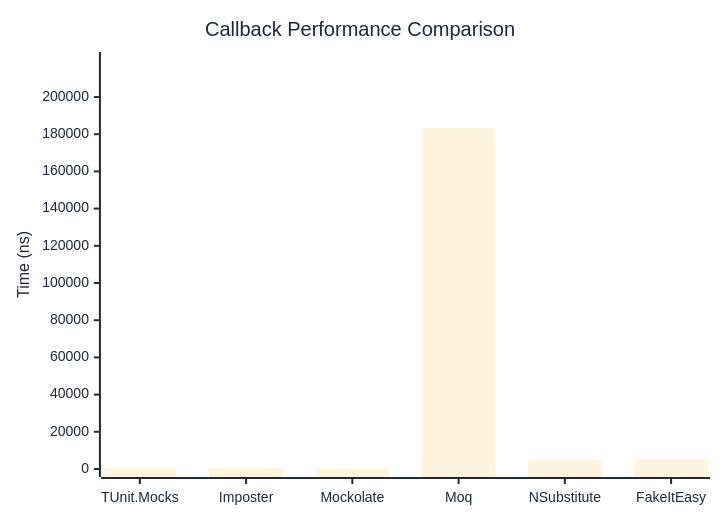
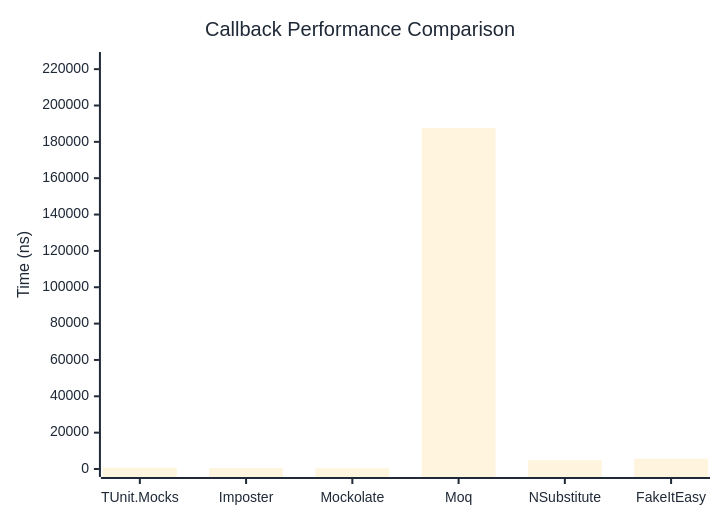
One commit to thomhurst/TUnit changed the first of 2 diagrams in docs/docs/benchmarks/mocks/Callback.md. Above: the diagram before and after it, drawn with Mermaid. The commit also changed other lines of this file and 14 other files, not shown here.

````diff
--- a/docs/docs/benchmarks/mocks/Callback.md
+++ b/docs/docs/benchmarks/mocks/Callback.md
@@ -30,27 +30,27 @@
 ```mermaid
 %%{init: {
   'theme':'base',
   'themeVariables': {
     'primaryColor': '#2563eb',
     'primaryTextColor': '#1f2937',
     'primaryBorderColor': '#1e40af',
     'lineColor': '#6b7280',
     'secondaryColor': '#7c3aed',
     'tertiaryColor': '#dc2626',
     'background': '#ffffff',
     'pie1': '#2563eb',
     'pie2': '#7c3aed',
     'pie3': '#dc2626',
     'pie4': '#f59e0b',
     'pie5': '#10b981',
     'pie6': '#06b6d4',
     'pie7': '#ec4899',
     'pie8': '#6366f1'
   }
 }}%%
 xychart-beta
   title "Callback Performance Comparison"
   x-axis ["TUnit.Mocks", "Imposter", "Mockolate", "Moq", "NSubstitute", "FakeItEasy"]
-  y-axis "Time (ns)" 0 --> 219895
-  bar [656.8, 472.3, 351.2, 183245.3, 4738.9, 5388.2]
+  y-axis "Time (ns)" 0 --> 225034
+  bar [727.5, 506.8, 386.2, 187528, 4861.1, 5705.2]
 ```
````
